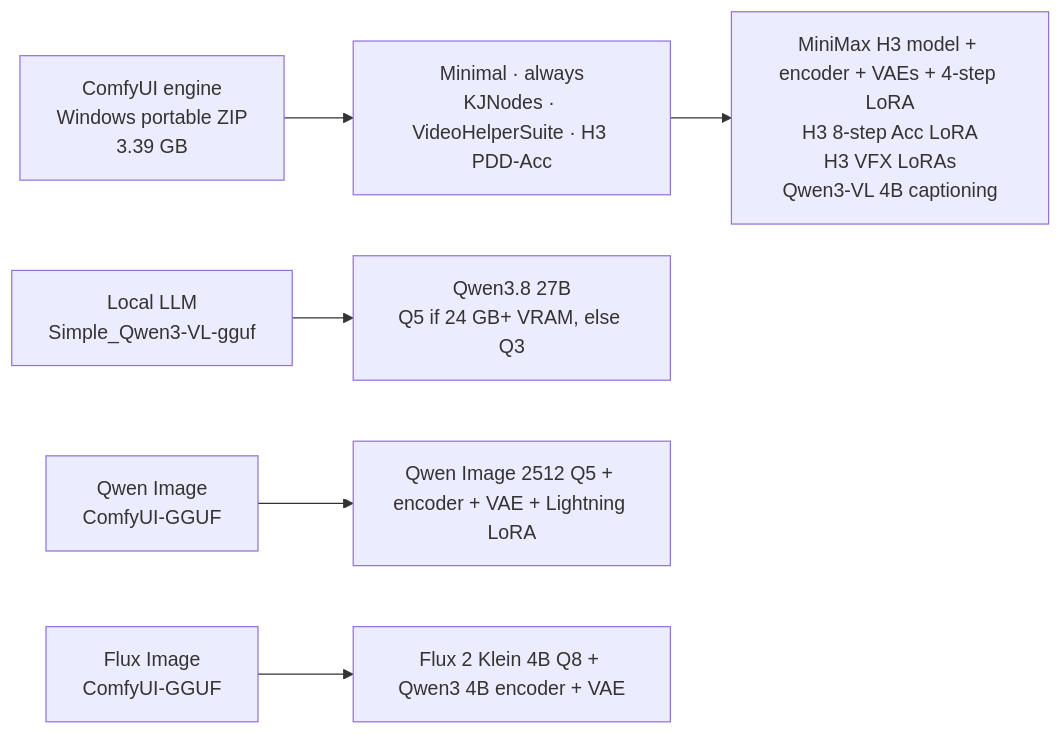
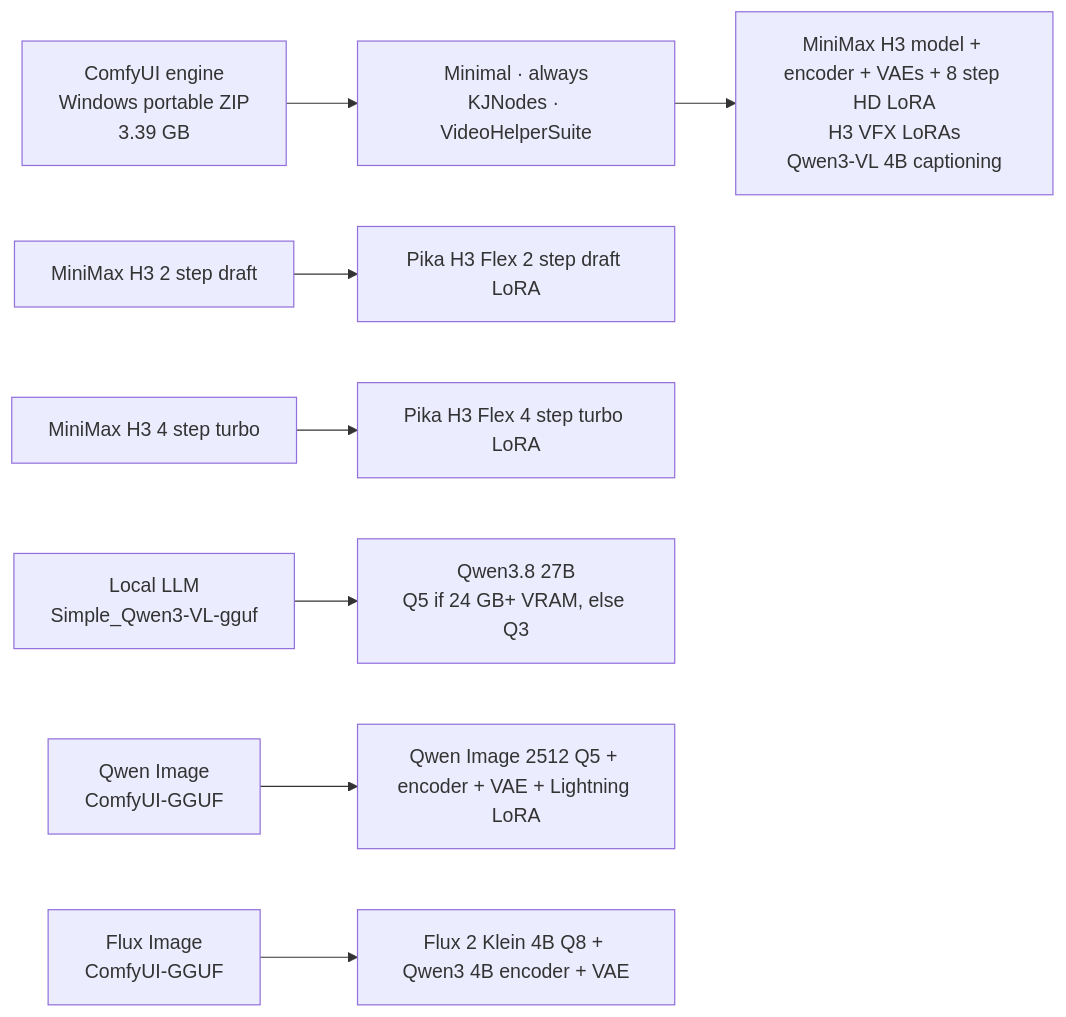
One commit to MagoStudio/MagoStudio changed the eighth of 8 diagrams in docs-public/architecture.md. Above: the diagram before and after it, drawn with Mermaid. The commit also changed 55 other files, not shown here.

Commit message:
replace h3 loras with pika h2 flex loras by akhaliq

````diff
--- a/docs-public/architecture.md
+++ b/docs-public/architecture.md
@@ -202,9 +202,11 @@
 ```mermaid
 flowchart LR
     ENGINE["ComfyUI engine<br/>Windows portable ZIP<br/>3.39 GB"] --> MIN
 
-    MIN["Minimal · always<br/>KJNodes · VideoHelperSuite · H3 PDD-Acc"] --> MINF["MiniMax H3 model + encoder + VAEs + 4-step LoRA<br/>H3 8-step Acc LoRA<br/>H3 VFX LoRAs<br/>Qwen3-VL 4B captioning"]
+    MIN["Minimal · always<br/>KJNodes · VideoHelperSuite"] --> MINF["MiniMax H3 model + encoder + VAEs + 8 step HD LoRA<br/>H3 VFX LoRAs<br/>Qwen3-VL 4B captioning"]
+    H3D["MiniMax H3 2 step draft"] --> H3DF["Pika H3 Flex 2 step draft LoRA"]
+    H3T["MiniMax H3 4 step turbo"] --> H3TF["Pika H3 Flex 4 step turbo LoRA"]
     LLM["Local LLM<br/>Simple_Qwen3-VL-gguf"] --> LLMF["Qwen3.8 27B<br/>Q5 if 24 GB+ VRAM, else Q3"]
     QI["Qwen Image<br/>ComfyUI-GGUF"] --> QIF["Qwen Image 2512 Q5 + encoder + VAE + Lightning LoRA"]
     FI["Flux Image<br/>ComfyUI-GGUF"] --> FIF["Flux 2 Klein 4B Q8 + Qwen3 4B encoder + VAE"]
 ```
````
